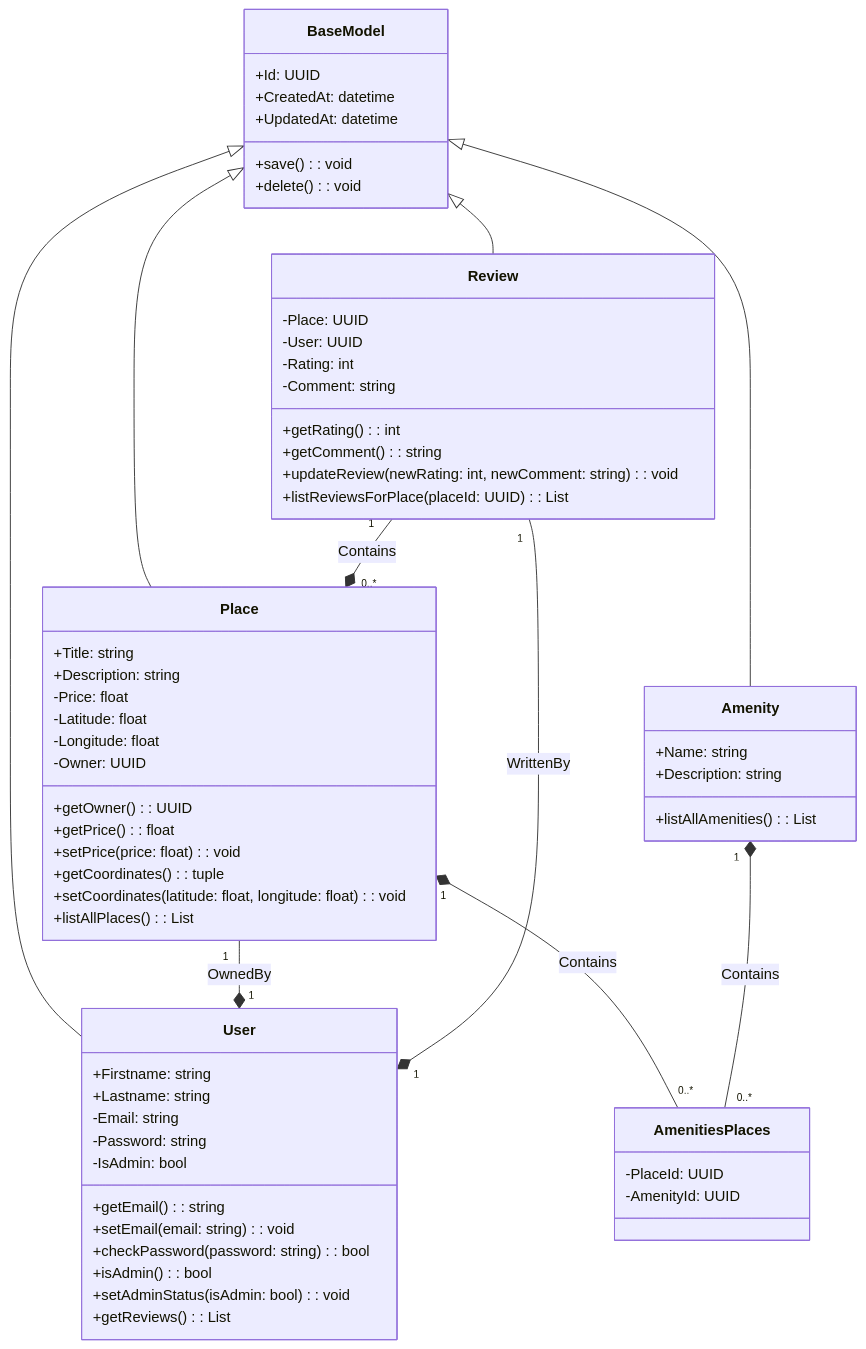
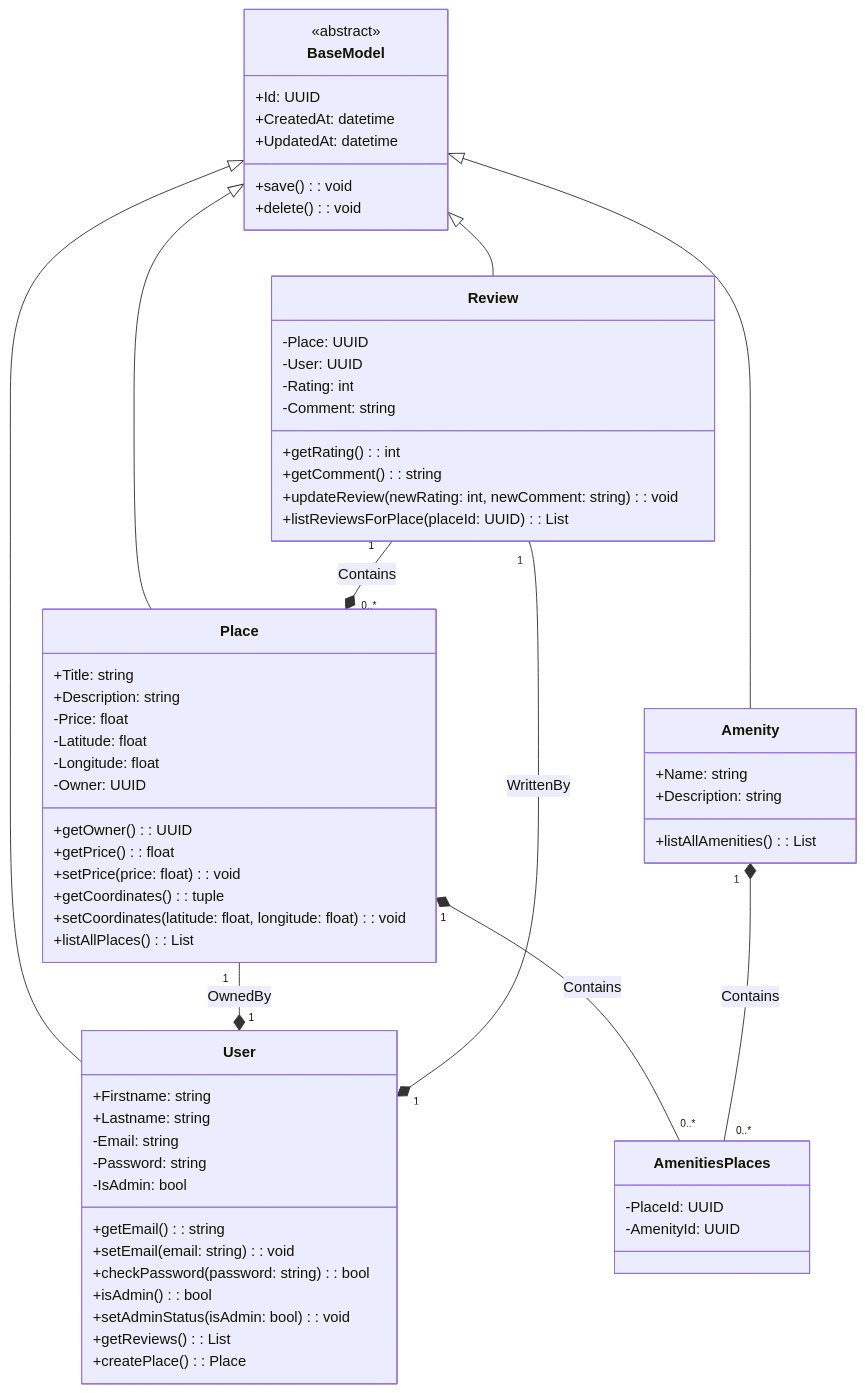
The diagram in part1/task1/classdiagram.mmd (ymosca07/holbertonschool-hbnb), drawn with Mermaid before and after one commit.

Commit message:
Add abstract + method on User

```diff
--- a/part1/task1/classdiagram.mmd
+++ b/part1/task1/classdiagram.mmd
@@ -1,71 +1,73 @@
 classDiagram
 class BaseModel {
+    <<abstract>>
     +Id: UUID
     +CreatedAt: datetime
     +UpdatedAt: datetime
     +save(): void
     +delete(): void
 }
 
 class User {
     +Firstname: string
     +Lastname: string
     -Email: string
     -Password: string
     -IsAdmin: bool
     +getEmail(): string
     +setEmail(email: string): void
     +checkPassword(password: string): bool
     +isAdmin(): bool
     +setAdminStatus(isAdmin: bool): void
     +getReviews(): List<Review>
+    +createPlace(): Place
 }
 
 class Place {
     +Title: string
     +Description: string
     -Price: float
     -Latitude: float
     -Longitude: float
     -Owner: UUID
     +getOwner(): UUID
     +getPrice(): float
     +setPrice(price: float): void
     +getCoordinates(): tuple<float, float>
     +setCoordinates(latitude: float, longitude: float): void
     +listAllPlaces(): List<Place>
 }
 
 class Review {
     -Place: UUID
     -User: UUID
     -Rating: int
     -Comment: string
     +getRating(): int
     +getComment(): string
     +updateReview(newRating: int, newComment: string): void
     +listReviewsForPlace(placeId: UUID): List<Review>
 }
 
 class Amenity {
     +Name: string
     +Description: string
     +listAllAmenities(): List<Amenity>
 }
 
 class AmenitiesPlaces {
     -PlaceId: UUID
     -AmenityId: UUID
 }
 
 BaseModel <|-- User
 BaseModel <|-- Place
 BaseModel <|-- Amenity
 BaseModel <|-- Review
 
 Place "1" --* "1" User : OwnedBy
 Review "1" --* "1" User : WrittenBy
 Review "1" --* "0..*" Place : Contains
 
 Place "1" *-- "0..*" AmenitiesPlaces : Contains
 Amenity "1" *-- "0..*" AmenitiesPlaces : Contains
```
